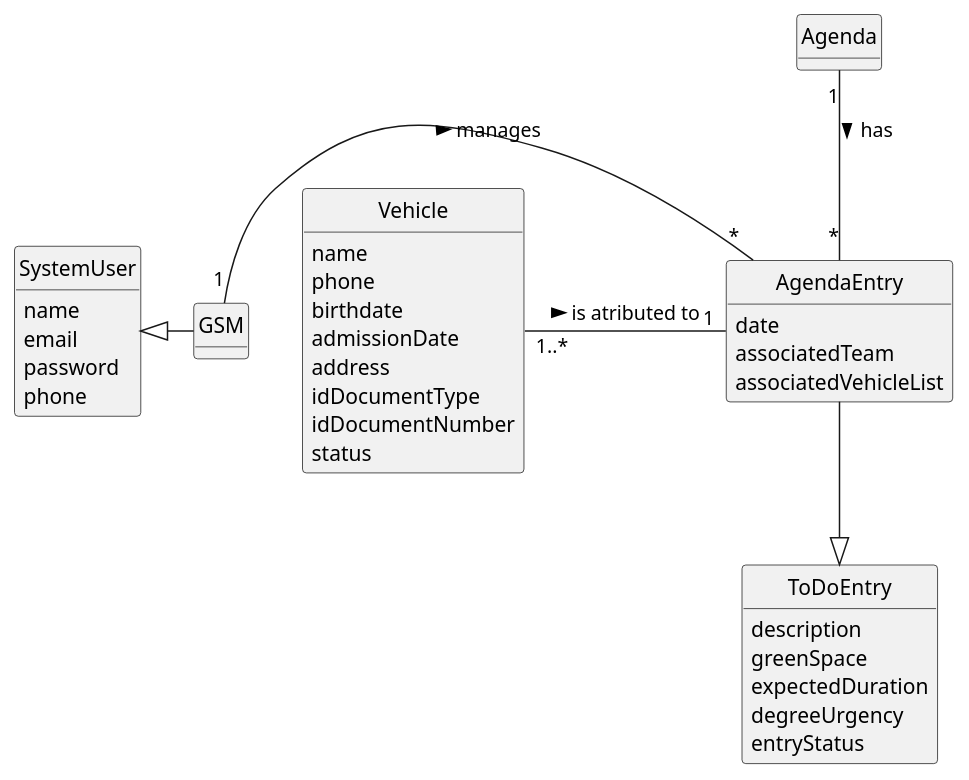
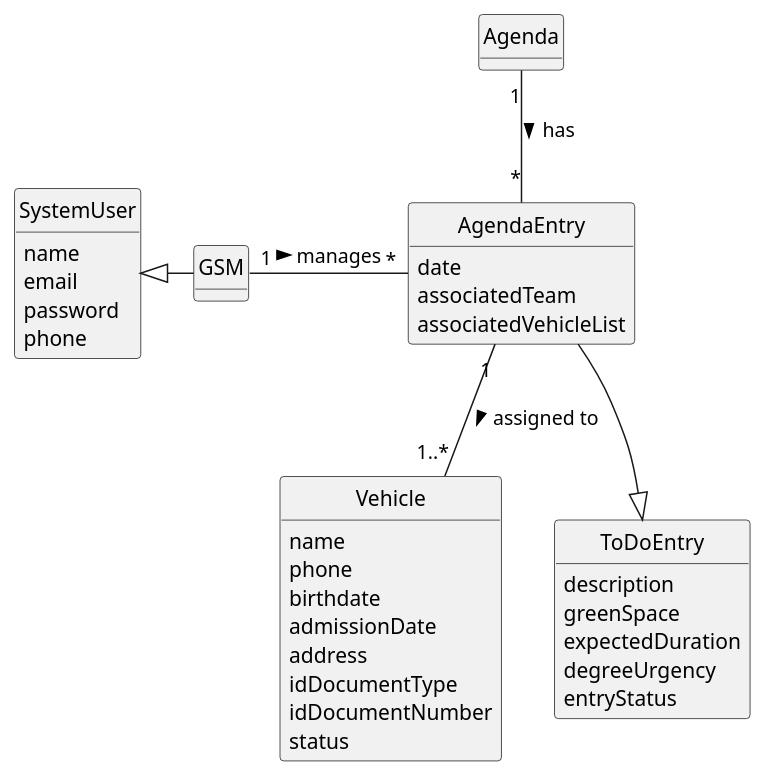
The diagram in docs/sprintC/us026/02.analysis/puml/us026-domain-model.puml (Departamento-de-Engenharia-Informatica/lei-24-s2-1do-g164), drawn with PlantUML before and after one commit. The commit also changed 36 other files, not shown here.

```diff
--- a/docs/sprintC/us026/02.analysis/puml/us026-domain-model.puml
+++ b/docs/sprintC/us026/02.analysis/puml/us026-domain-model.puml
@@ -1,59 +1,59 @@
 @startuml
 skinparam monochrome true
 skinparam packageStyle rectangle
 skinparam shadowing false
 
 'left to right direction
 
 skinparam classAttributeIconSize 0
 
 hide circle
 hide methods
 
 class SystemUser {
     name
     email
     password
     phone
 
 }
 class Agenda {
 }
 
 
 class AgendaEntry {
     date
     associatedTeam
     associatedVehicleList
 }
 class Vehicle{
       name
       phone
       birthdate
       admissionDate
       address
       idDocumentType
       idDocumentNumber
       status
 }
 
 
 
 
 class ToDoEntry{
     description
          greenSpace
          expectedDuration
          degreeUrgency
          entryStatus
 }
 class GSM {
 }
 
 
 SystemUser <|- GSM
-Vehicle "1..*" - "1" AgendaEntry: is atributed to >
+AgendaEntry"1"-- "1..*" Vehicle: assigned to >
 AgendaEntry --|> ToDoEntry
 Agenda "1" -- "*" AgendaEntry : has >
 GSM"1" - "*" AgendaEntry: manages >
 @enduml
```
